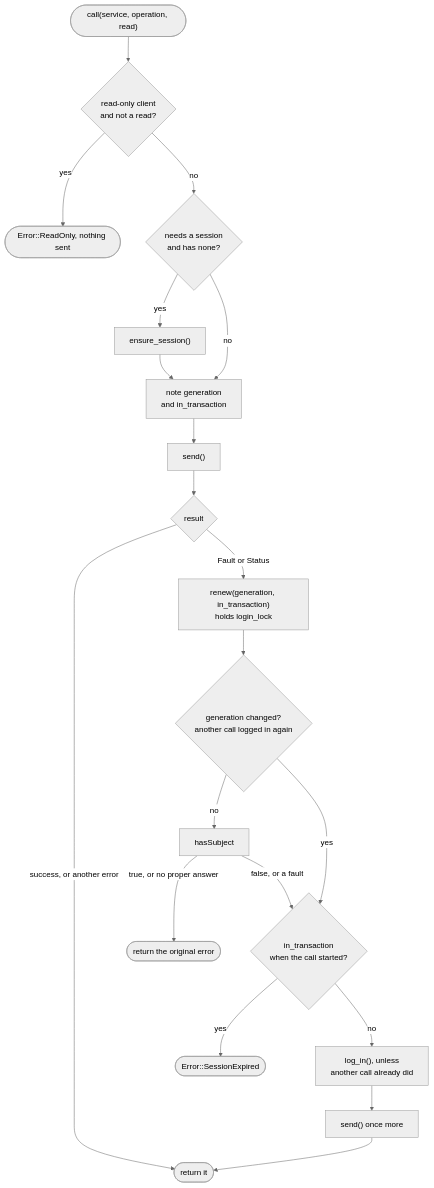
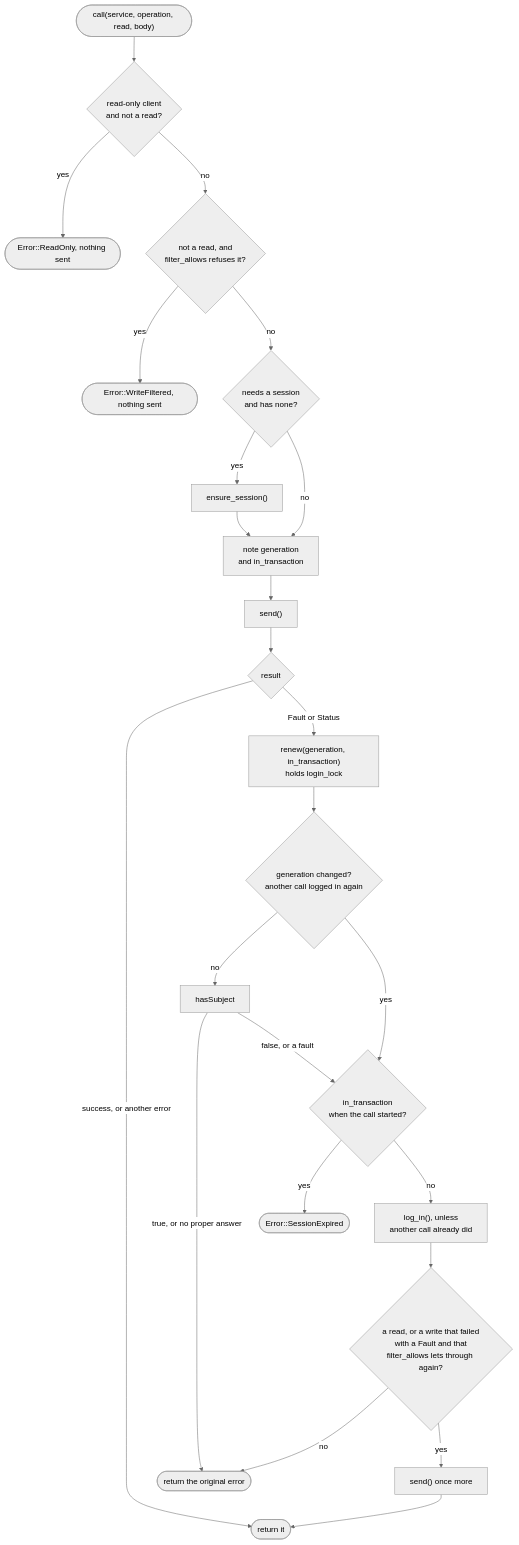
Before and after one commit to KevinGliewe/Polarion-rs: the third of 3 diagrams in docs/soap-client.md, drawn with Mermaid (neutral theme). The commit also changed other lines of this file and 210 other files, not shown here.

````diff
--- a/docs/soap-client.md
+++ b/docs/soap-client.md
@@ -73,22 +74,26 @@
 ```mermaid
 flowchart TD
-    start(["call(service, operation, read)"]) --> ro{"read-only client<br/>and not a read?"}
+    start(["call(service, operation, read, body)"]) --> ro{"read-only client<br/>and not a read?"}
     ro -- yes --> refused(["Error::ReadOnly, nothing sent"])
-    ro -- no --> need{"needs a session<br/>and has none?"}
+    ro -- no --> wf{"not a read, and<br/>filter_allows refuses it?"}
+    wf -- yes --> filtered(["Error::WriteFiltered, nothing sent"])
+    wf -- no --> need{"needs a session<br/>and has none?"}
     need -- yes --> ensure["ensure_session()"]
     need -- no --> snap
     ensure --> snap["note generation<br/>and in_transaction"]
     snap --> send1["send()"]
     send1 --> res{"result"}
     res -- "success, or another error" --> done(["return it"])
     res -- "Fault or Status" --> renew["renew(generation, in_transaction)<br/>holds login_lock"]
     renew --> gen{"generation changed?<br/>another call logged in again"}
     gen -- no --> probe["hasSubject"]
     probe -- "true, or no proper answer" --> orig(["return the original error"])
     probe -- "false, or a fault" --> tx
     gen -- yes --> tx{"in_transaction<br/>when the call started?"}
     tx -- yes --> expired(["Error::SessionExpired"])
     tx -- no --> relog["log_in(), unless<br/>another call already did"]
-    relog --> send2["send() once more"]
+    relog --> again{"a read, or a write that failed<br/>with a Fault and that<br/>filter_allows lets through again?"}
+    again -- no --> orig
+    again -- yes --> send2["send() once more"]
     send2 --> done
 ```
````
